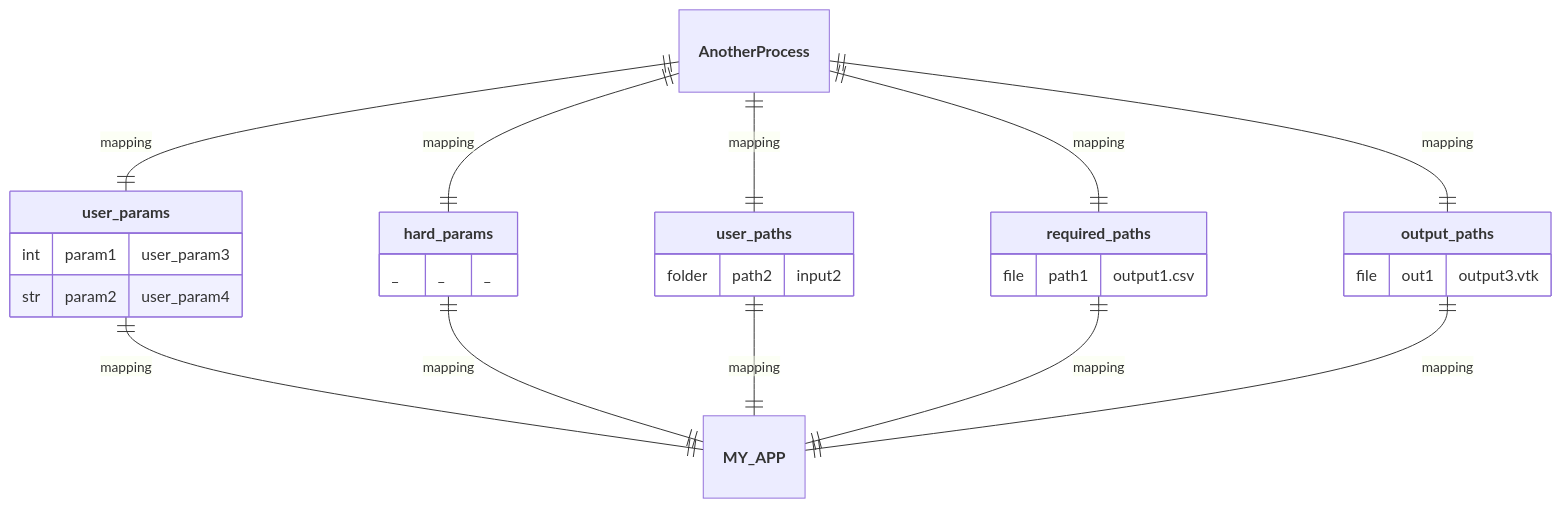
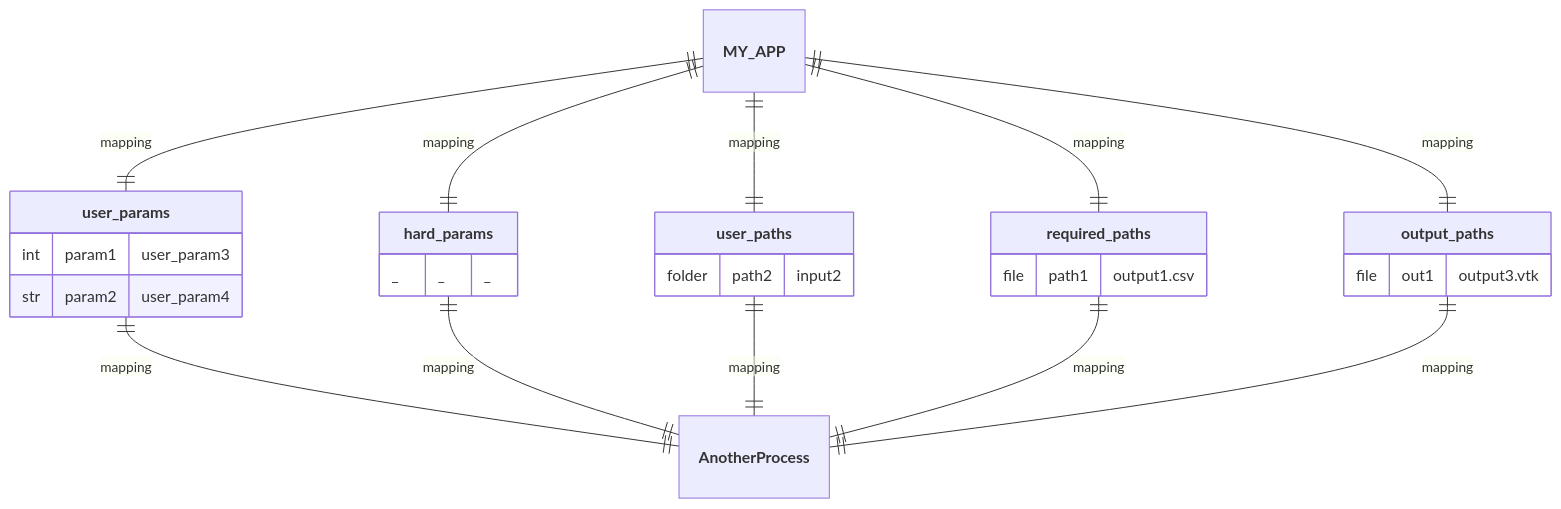
Before and after one commit to nuremics/nuremics: diagram 11 of 13 in README.md, drawn with Mermaid. The commit also changed other lines of this file, not shown here.

````diff
--- a/README.md
+++ b/README.md
@@ -316,30 +316,30 @@
 ```mermaid
 erDiagram
-  **AnotherProcess** ||--|| **user_params** : mapping
-  **AnotherProcess** ||--|| **hard_params** : mapping
-  **AnotherProcess** ||--|| **user_paths** : mapping
-  **AnotherProcess** ||--|| **required_paths** : mapping
-  **AnotherProcess** ||--|| **output_paths** : mapping
-  **user_params** ||--|| **MY_APP** : mapping
-  **hard_params** ||--|| **MY_APP** : mapping
-  **user_paths** ||--|| **MY_APP** : mapping
-  **required_paths** ||--|| **MY_APP** : mapping
-  **output_paths** ||--|| **MY_APP** : mapping
+  **MY_APP** ||--|| **user_params** : mapping
+  **MY_APP** ||--|| **hard_params** : mapping
+  **MY_APP** ||--|| **user_paths** : mapping
+  **MY_APP** ||--|| **required_paths** : mapping
+  **MY_APP** ||--|| **output_paths** : mapping
+  **user_params** ||--|| **AnotherProcess** : mapping
+  **hard_params** ||--|| **AnotherProcess** : mapping
+  **user_paths** ||--|| **AnotherProcess** : mapping
+  **required_paths** ||--|| **AnotherProcess** : mapping
+  **output_paths** ||--|| **AnotherProcess** : mapping
 
   **user_params** {
     int param1 "user_param3"
     str param2 "user_param4"
   }
   **hard_params** {
     _ _ "_"
   }
   **user_paths** {
     folder path2 "input2"
   }
   **required_paths** {
     file path1 "output1.csv"
   }
   **output_paths** {
     file out1 "output3.vtk"
   }
 ```
````
